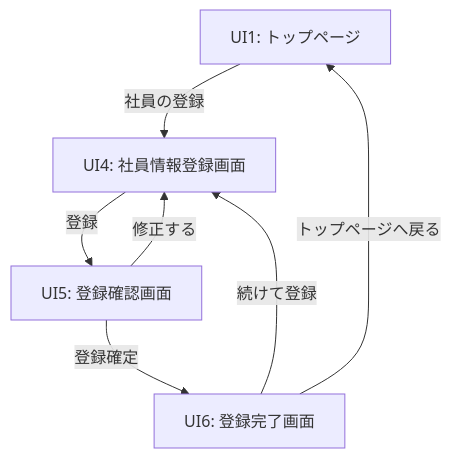
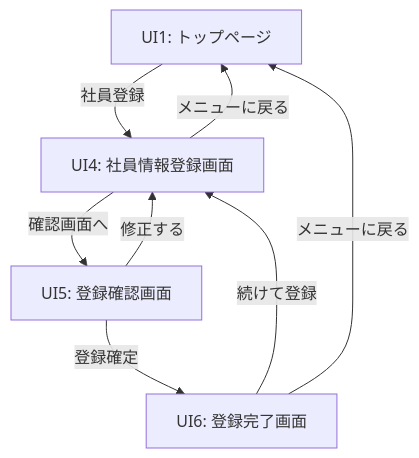
The fifth of 25 diagrams in EIMS_Comprehensive_Exercise_Guide.md (juyeongjung1/NewEIMS), drawn with Mermaid before and after one commit. The commit also changed other lines of this file and 1 other file, not shown here.

````diff
--- a/EIMS_Comprehensive_Exercise_Guide.md
+++ b/EIMS_Comprehensive_Exercise_Guide.md
@@ -703,11 +765,12 @@
 ```mermaid
 flowchart TD
-    UI1[UI1: トップページ] -->|"社員の登録"| UI4[UI4: 社員情報登録画面]
-    
-    UI4 -- "登録" --> UI5[UI5: 登録確認画面]
+    UI1[UI1: トップページ] -->|"社員登録"| UI4[UI4: 社員情報登録画面]
+  
+    UI4 -- "確認画面へ" --> UI5[UI5: 登録確認画面]
     UI5 -- "登録確定" --> UI6[UI6: 登録完了画面]
-    
+  
     UI5 -- "修正する" --> UI4
     UI6 -- "続けて登録" --> UI4
-    UI6 -->|"トップページへ戻る"| UI1
+    UI6 -->|"メニューに戻る"| UI1
+    UI4 -->|"メニューに戻る"| UI1
 ```
````
